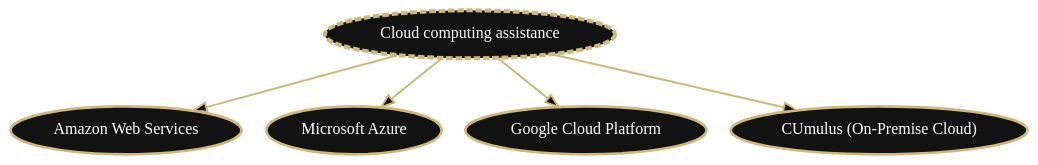
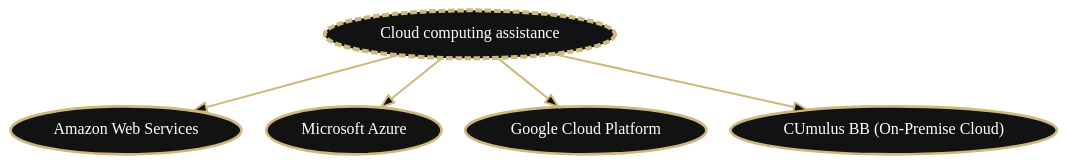
One commit to ResearchComputing/Documentation changed the diagram in igraphviz_flowcharts/dot_files/getting_started_cloud_flowchart.dot. Above: the diagram before and after it, drawn with Graphviz. The commit also changed 3 other files, not shown here.

```diff
--- a/igraphviz_flowcharts/dot_files/getting_started_cloud_flowchart.dot
+++ b/igraphviz_flowcharts/dot_files/getting_started_cloud_flowchart.dot
@@ -1,18 +1,18 @@
 digraph "" {
          bgcolor="transparent";
          ranksep="0.5 equally";
          graph [id="gs-flowchart"];
          node [fontname="Verdana", fontsize="12", color="#CFB87C", style="filled", fillcolor="#121212", penwidth="2", fontcolor="white"];
          edge [color="#CFB87C", fillcolor="#121212", penwidth="1.5"];
 
          cloud [label="Cloud computing assistance", style="filled,dashed", penwidth="3"];
          aws [label="Amazon Web Services", href="./cloud/aws/index.html", target="_blank", id="clickable"];
          azure [label="Microsoft Azure", href="./cloud/azure/index.html", target="_blank", id="clickable"];
          gcp [label="Google Cloud Platform", href="./cloud/gcp/index.html", target="_blank", id="clickable"];
-         cumulus [label="CUmulus (On-Premise Cloud)", href="./cloud/cumulus/index.html", target="_blank", id="clickable"];
+         cumulus [label="CUmulus BB (On-Premise Cloud)", href="./cloud/cumulus/index.html", target="_blank", id="clickable"];
 
          cloud -> aws;
          cloud -> azure;
          cloud -> gcp;
          cloud -> cumulus;
      }
```
